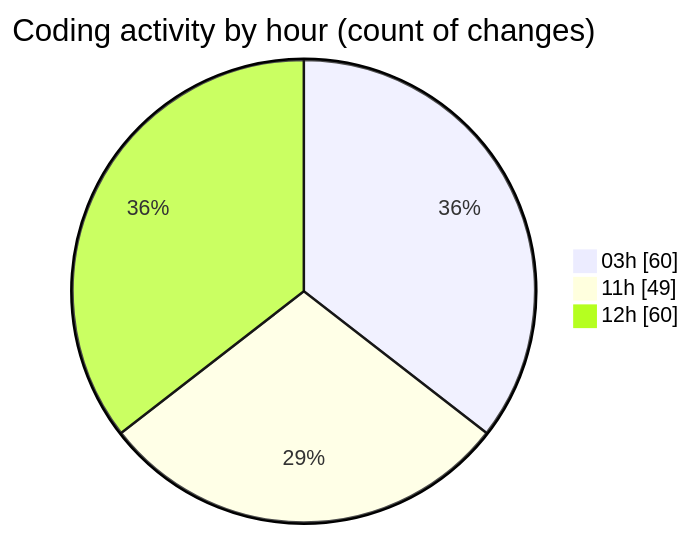
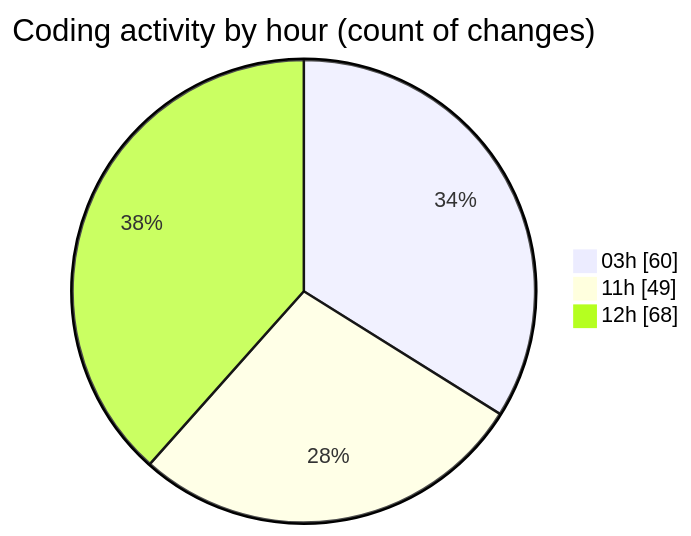
The second of 2 diagrams in 2025-07-02/mern-thinkboard/README.md (Ritupan-Deka/code-tracking), drawn with Mermaid before and after one commit. The commit also changed other lines of this file and 1 other file, not shown here.

````diff
--- a/2025-07-02/mern-thinkboard/README.md
+++ b/2025-07-02/mern-thinkboard/README.md
@@ -38,7 +38,7 @@
 ```mermaid
 pie showData
 title Coding activity by hour (count of changes)
 "03h" : 60
 "11h" : 49
-"12h" : 60
+"12h" : 68
 ```
````
